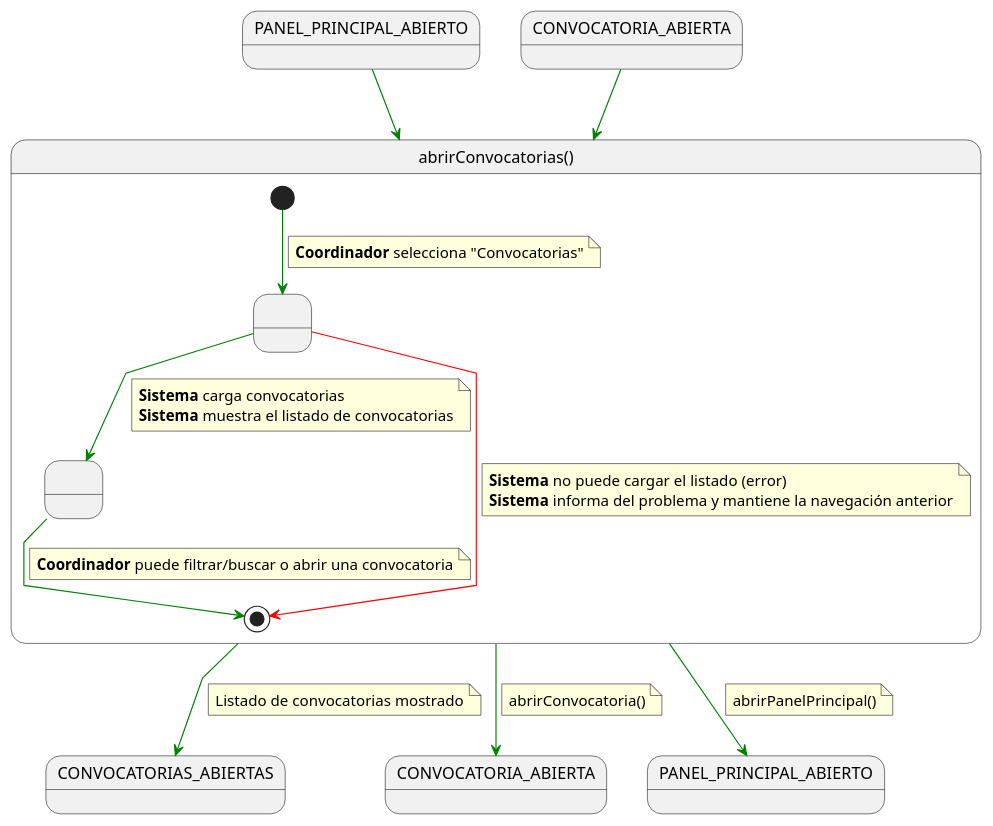
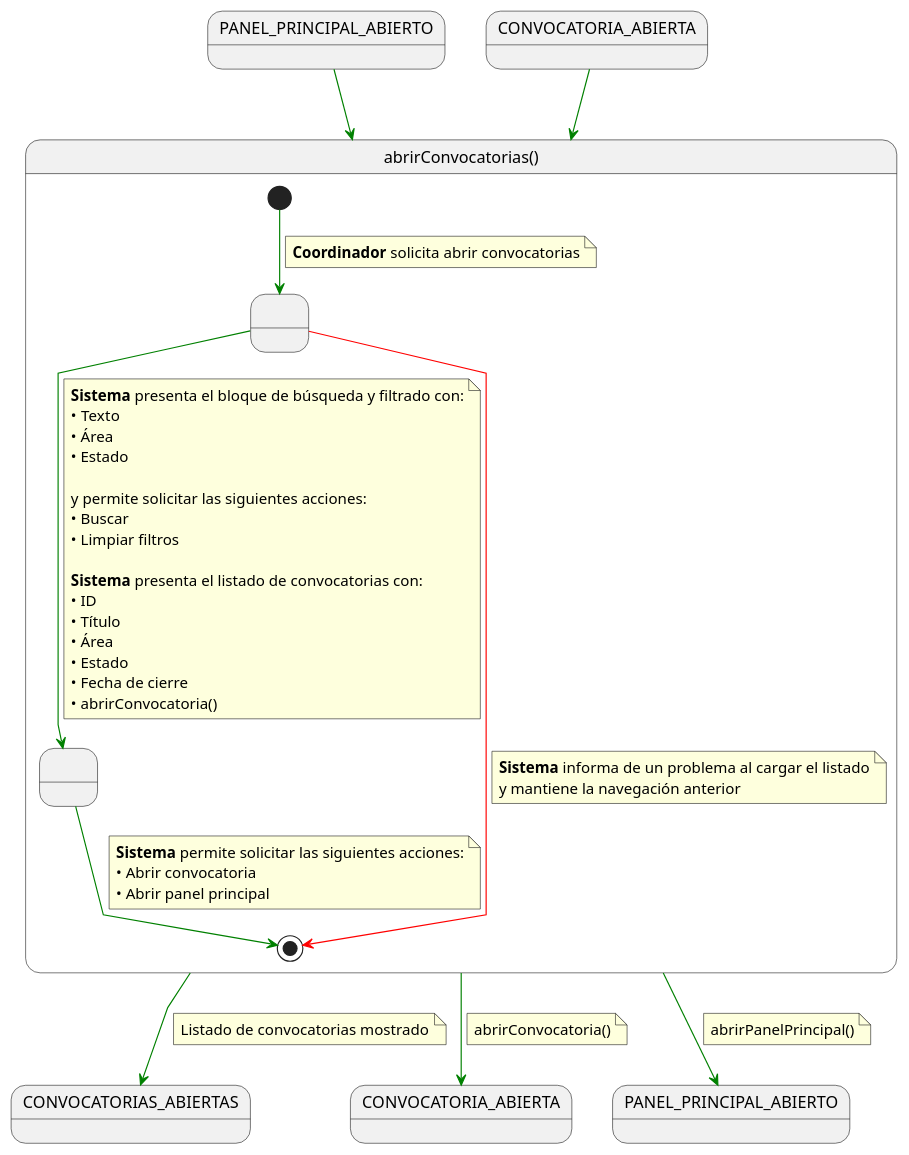
One commit to 31Diego/25-26-IdSw1-SdR changed the diagram in documents/casosDeUso/detalle/coordinador/04-convocatorias/abrirConvocatorias/abrirConvocatorias.puml. Above: the diagram before and after it, drawn with PlantUML. The commit also changed 13 other files, not shown here.

Commit message:
Agrego las acciones del sistema detallados

```diff
--- a/documents/casosDeUso/detalle/coordinador/04-convocatorias/abrirConvocatorias/abrirConvocatorias.puml
+++ b/documents/casosDeUso/detalle/coordinador/04-convocatorias/abrirConvocatorias/abrirConvocatorias.puml
@@ -1,53 +1,69 @@
 @startuml abrirConvocatorias
 skinparam linetype polyline
 
 state in1 as "PANEL_PRINCIPAL_ABIERTO"
 in1 -[#green]-> abrirConvocatorias
 
 state in2 as "CONVOCATORIA_ABIERTA"
 in2 -[#green]-> abrirConvocatorias
 
 state abrirConvocatorias as "abrirConvocatorias()" {
 
     state " " as CargandoListado
     state " " as MostrandoConvocatorias
 
     [*] -[#green]-> CargandoListado
     note on link
-    <b>Coordinador</b> selecciona "Convocatorias"
+    <b>Coordinador</b> solicita abrir convocatorias
     end note
 
     CargandoListado -[#green]-> MostrandoConvocatorias
     note on link
-    <b>Sistema</b> carga convocatorias
-    <b>Sistema</b> muestra el listado de convocatorias
+    <b>Sistema</b> presenta el bloque de búsqueda y filtrado con:
+    • Texto
+    • Área
+    • Estado
+
+    y permite solicitar las siguientes acciones:
+    • Buscar
+    • Limpiar filtros
+
+    <b>Sistema</b> presenta el listado de convocatorias con:
+    • ID
+    • Título
+    • Área
+    • Estado
+    • Fecha de cierre
+    • abrirConvocatoria()
     end note
 
     CargandoListado -[#red]-> [*]
     note on link
-    <b>Sistema</b> no puede cargar el listado (error)
-    <b>Sistema</b> informa del problema y mantiene la navegación anterior
+    <b>Sistema</b> informa de un problema al cargar el listado
+    y mantiene la navegación anterior
     end note
 
     MostrandoConvocatorias -[#green]-> [*]
     note on link
-    <b>Coordinador</b> puede filtrar/buscar o abrir una convocatoria
+    <b>Sistema</b> permite solicitar las siguientes acciones:
+    • Abrir convocatoria
+    • Abrir panel principal
     end note
 }
 
 abrirConvocatorias -[#green]-> CONVOCATORIAS_ABIERTAS
 note on link
 Listado de convocatorias mostrado
 end note
 
 abrirConvocatorias -[#green]-> CONVOCATORIA_ABIERTA
 note on link
 abrirConvocatoria()
 end note
 
 abrirConvocatorias -[#green]-> PANEL_PRINCIPAL_ABIERTO
 note on link
 abrirPanelPrincipal()
 end note
 
 @enduml
```
